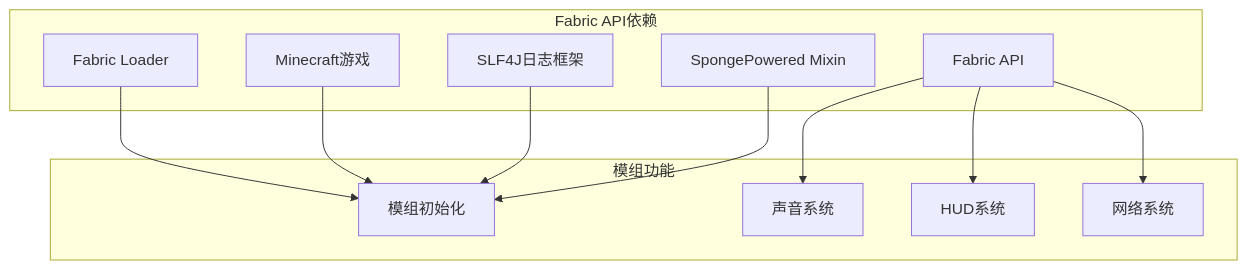
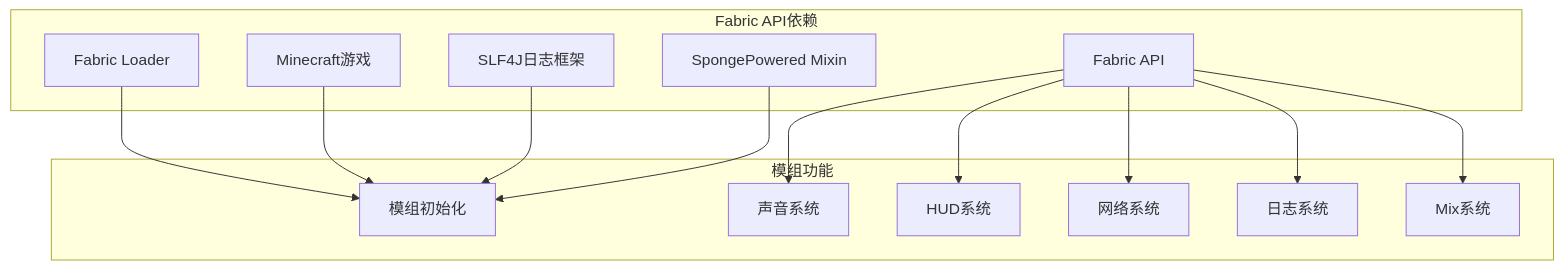
One commit to Manager20211/AxonBodyCam2 changed diagram 11 of 11 in .qoder/repowiki/zh/content/模组生命周期管理/主模组初始化.md. Above: the diagram before and after it, drawn with Mermaid. The commit also changed other lines of this file and 11 other files, not shown here.

````diff
--- a/.qoder/repowiki/zh/content/模组生命周期管理/主模组初始化.md
+++ b/.qoder/repowiki/zh/content/模组生命周期管理/主模组初始化.md
@@ -328,23 +405,27 @@
 ```mermaid
 graph TB
 subgraph "Fabric API依赖"
 FabricLoader[Fabric Loader]
 Minecraft[Minecraft游戏]
 FabricAPI[Fabric API]
 SLF4J[SLF4J日志框架]
 Mixin[SpongePowered Mixin]
 end
 subgraph "模组功能"
 ModInit[模组初始化]
 SoundSys[声音系统]
 HUDSys[HUD系统]
 NetSys[网络系统]
+LogSys[日志系统]
+MixSys[Mix系统]
 end
 FabricLoader --> ModInit
 Minecraft --> ModInit
 FabricAPI --> SoundSys
 FabricAPI --> HUDSys
 FabricAPI --> NetSys
+FabricAPI --> LogSys
+FabricAPI --> MixSys
 SLF4J --> ModInit
 Mixin --> ModInit
 ```
````
